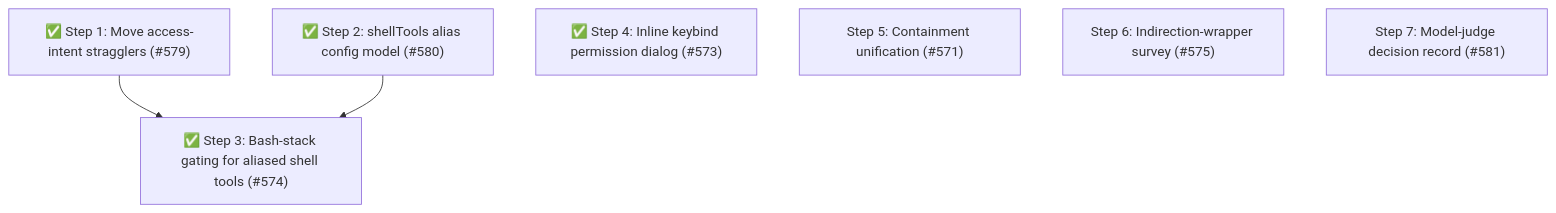
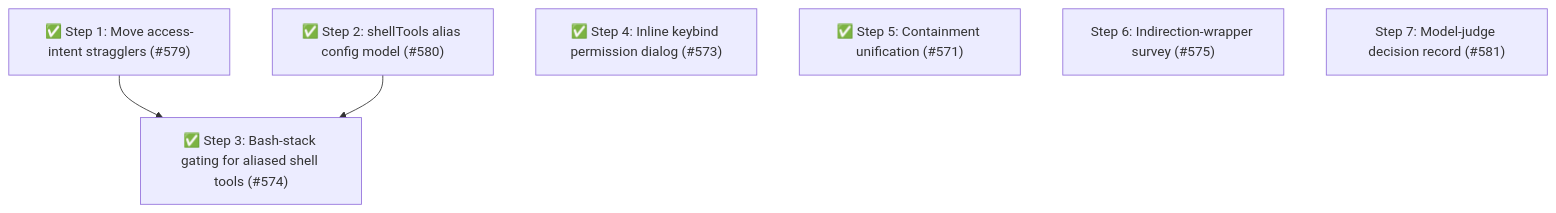
Before and after one commit to whaoa/forked-gotgenes-pi-packages: the fourth of 4 diagrams in packages/pi-permission-system/docs/architecture/architecture.md, drawn with Mermaid. The commit also changed other lines of this file and 1 other file, not shown here.

Commit message:
refactor(permission-system): unify subagent-context containment onto PathFlavor.isWithin (#571)

````diff
--- a/packages/pi-permission-system/docs/architecture/architecture.md
+++ b/packages/pi-permission-system/docs/architecture/architecture.md
@@ -990,12 +993,12 @@
 ```mermaid
 flowchart TD
     S1["✅ Step 1: Move access-intent stragglers (#579)"]
     S2["✅ Step 2: shellTools alias config model (#580)"]
     S3["✅ Step 3: Bash-stack gating for aliased shell tools (#574)"]
     S4["✅ Step 4: Inline keybind permission dialog (#573)"]
-    S5["Step 5: Containment unification (#571)"]
+    S5["✅ Step 5: Containment unification (#571)"]
     S6["Step 6: Indirection-wrapper survey (#575)"]
     S7["Step 7: Model-judge decision record (#581)"]
     S1 --> S3
     S2 --> S3
 ```
````
